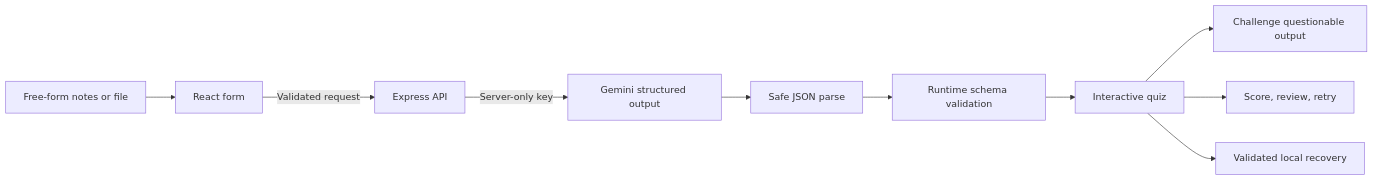
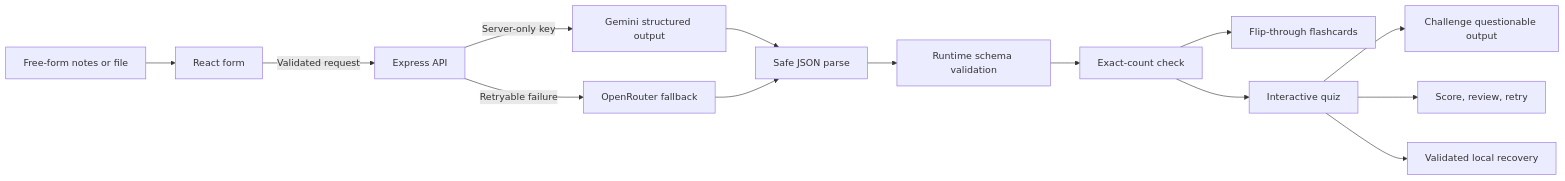
Before and after one commit to D-393Patel/quizforge-ai-study-assistant: the diagram in docs/INTERVIEW_GUIDE.md, drawn with Mermaid. The commit also changed other lines of this file and 4 other files, not shown here.

````diff
--- a/docs/INTERVIEW_GUIDE.md
+++ b/docs/INTERVIEW_GUIDE.md
@@ -17,12 +17,16 @@
 ```mermaid
 flowchart LR
     User["Free-form notes or file"] --> Form["React form"]
     Form -->|"Validated request"| API["Express API"]
     API -->|"Server-only key"| Gemini["Gemini structured output"]
     Gemini --> Parse["Safe JSON parse"]
+    API -->|"Retryable failure"| OpenRouter["OpenRouter fallback"]
+    OpenRouter --> Parse
     Parse --> Zod["Runtime schema validation"]
-    Zod --> Quiz["Interactive quiz"]
+    Zod --> Counts["Exact-count check"]
+    Counts --> Cards["Flip-through flashcards"]
+    Counts --> Quiz["Interactive quiz"]
     Quiz --> Challenge["Challenge questionable output"]
     Quiz --> Results["Score, review, retry"]
     Quiz --> Storage["Validated local recovery"]
 ```
````
